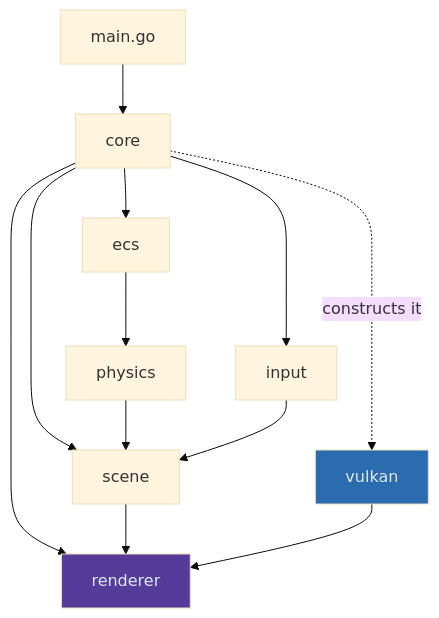
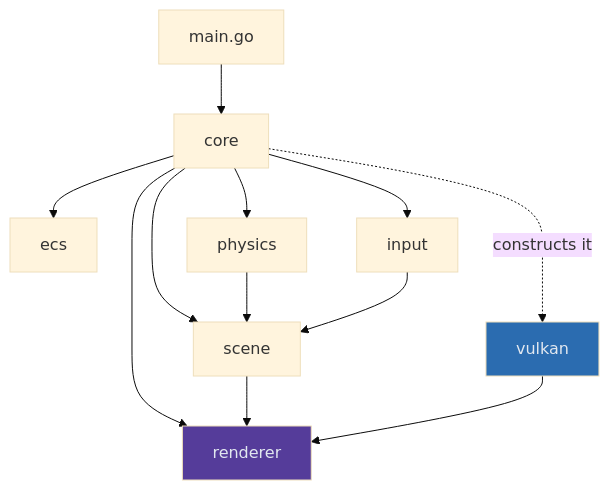
One commit to Zephyr75/overdrive changed the second of 4 diagrams in notes/OVERVIEW.md. Above: the diagram before and after it, drawn with Mermaid (base theme). The commit also changed other lines of this file and 12 other files, not shown here.

````diff
--- a/notes/OVERVIEW.md
+++ b/notes/OVERVIEW.md
@@ -29,17 +29,17 @@
 ```mermaid
 graph TD
     M[main.go] --> C[core]
     C --> S[scene]
     C --> E[ecs]
+    C --> P[physics]
     C --> I[input]
     C --> R[renderer]
     S --> R
-    E --> P[physics]
     P --> S
     I --> S
     C -.->|constructs it| VK[vulkan]
     VK --> R
 
     style R fill:#553c9a,color:#e2e8f0
     style VK fill:#2b6cb0,color:#e2e8f0
 ```
````
